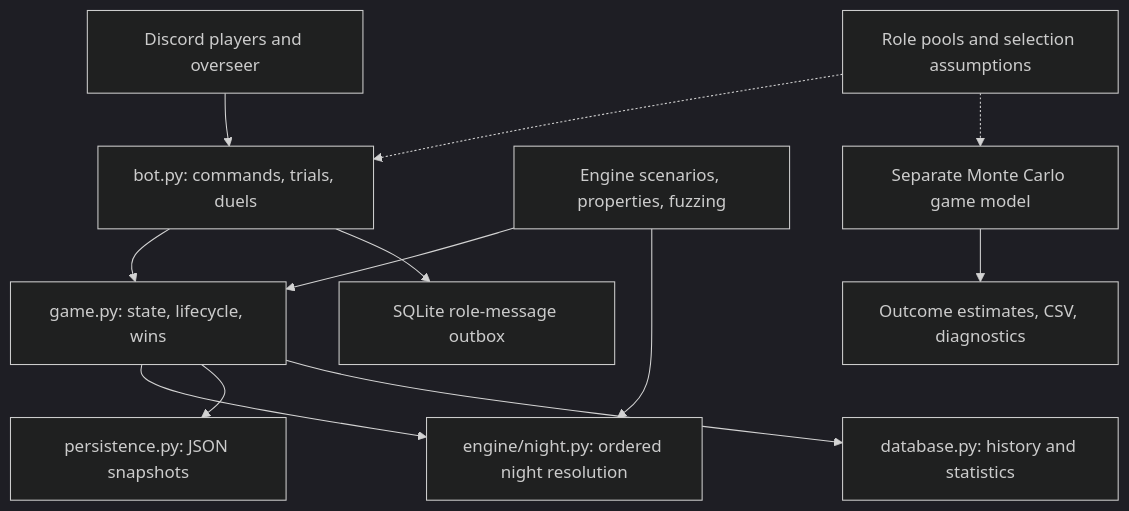
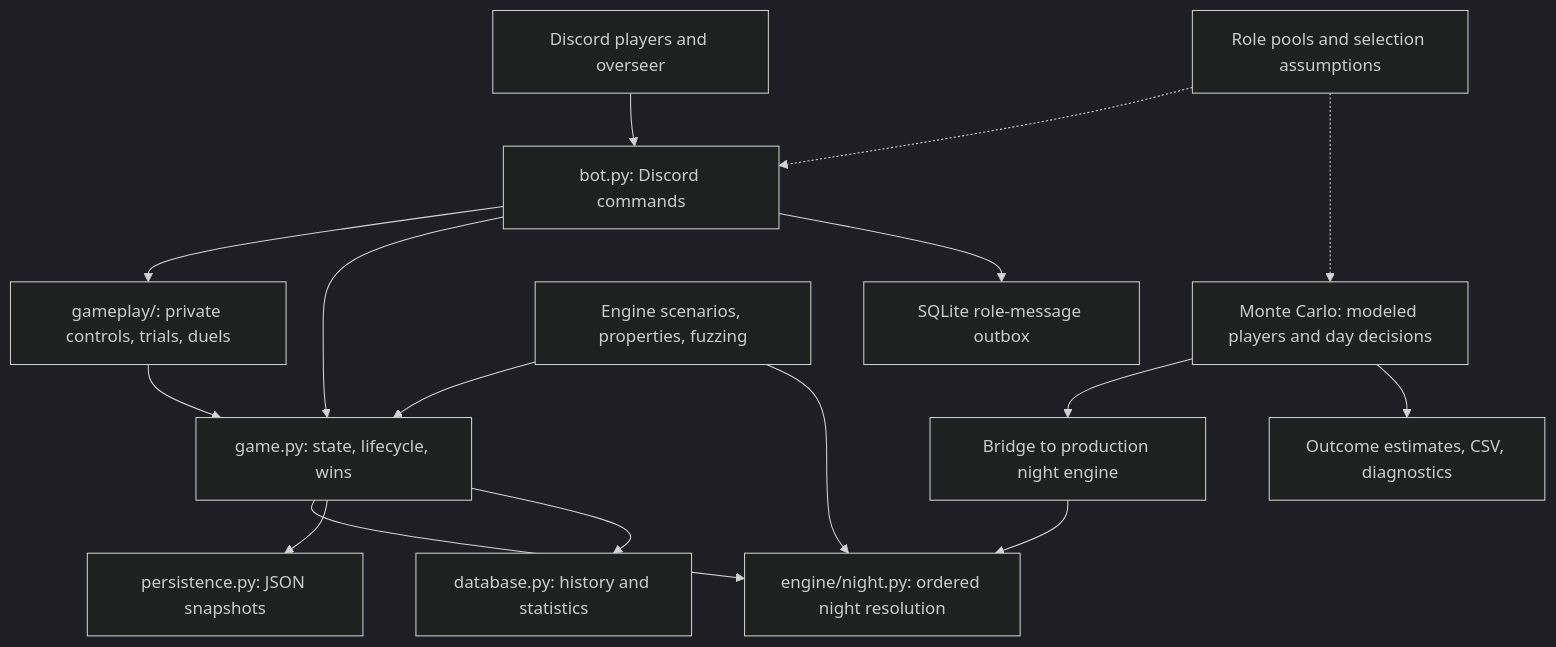
One commit to chentaot1/mafiabot changed the first of 3 diagrams in README.md. Above: the diagram before and after it, drawn with Mermaid (dark theme). The commit also changed other lines of this file and 123 other files, not shown here.

Commit message:
Integrate recovered 32-role engine with persistent gameplay controls

````diff
--- a/README.md
+++ b/README.md
@@ -31,14 +31,18 @@
 ```mermaid
 flowchart TD
-    Players["Discord players and overseer"] --> Bot["bot.py: commands, trials, duels"]
+    Players["Discord players and overseer"] --> Bot["bot.py: Discord commands"]
+    Bot --> Controls["gameplay/: private controls, trials, duels"]
+    Controls --> Game
     Bot --> Game["game.py: state, lifecycle, wins"]
     Game --> Engine["engine/night.py: ordered night resolution"]
     Game --> Snapshots["persistence.py: JSON snapshots"]
     Game --> Database["database.py: history and statistics"]
     Bot --> Outbox["SQLite role-message outbox"]
     Checks["Engine scenarios, properties, fuzzing"] --> Game
     Checks --> Engine
-    Model["Separate Monte Carlo game model"] --> Reports["Outcome estimates, CSV, diagnostics"]
+    Model["Monte Carlo: modeled players and day decisions"] --> Bridge["Bridge to production night engine"]
+    Bridge --> Engine
+    Model --> Reports["Outcome estimates, CSV, diagnostics"]
     Config["Role pools and selection assumptions"] -.-> Bot
     Config -.-> Model
 ```
````
